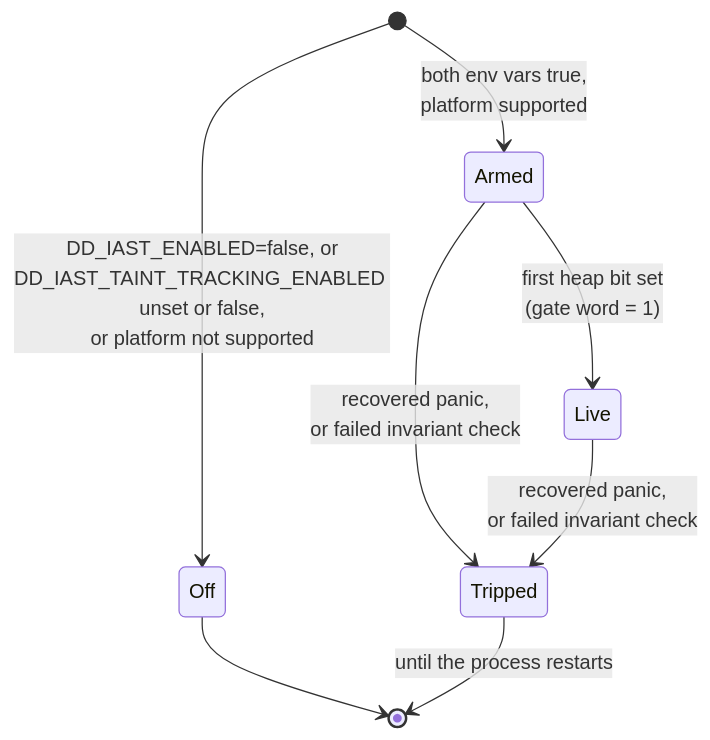
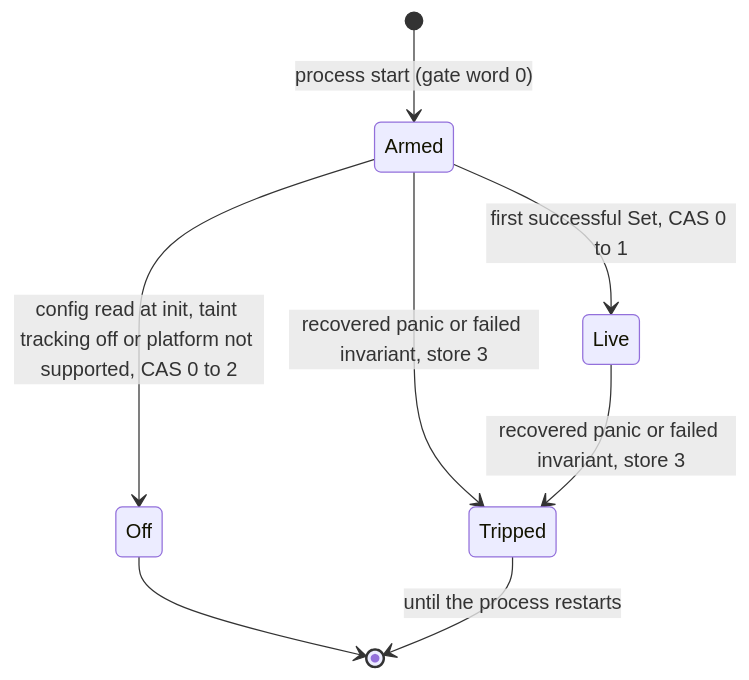
The sixth of 7 diagrams in _docs/design/taint-tracking-v0.md (DataDog/dd-iast-go), drawn with Mermaid before and after one commit. The commit also changed other lines of this file, not shown here.

First line of the commit message:
docs(design): v2 of the approach after the first challenge round

````diff
--- a/_docs/design/taint-tracking-v0.md
+++ b/_docs/design/taint-tracking-v0.md
@@ -465,10 +633,10 @@
 ```mermaid
 stateDiagram-v2
-  [*] --> Off: DD_IAST_ENABLED=false, or<br/>DD_IAST_TAINT_TRACKING_ENABLED unset or false,<br/>or platform not supported
-  [*] --> Armed: both env vars true,<br/>platform supported
-  Armed --> Live: first heap bit set<br/>(gate word = 1)
-  Armed --> Tripped: recovered panic,<br/>or failed invariant check
-  Live --> Tripped: recovered panic,<br/>or failed invariant check
+  [*] --> Armed: process start (gate word 0)
+  Armed --> Off: config read at init, taint tracking off or platform not supported, CAS 0 to 2
+  Armed --> Live: first successful Set, CAS 0 to 1
+  Armed --> Tripped: recovered panic or failed invariant, store 3
+  Live --> Tripped: recovered panic or failed invariant, store 3
   Off --> [*]
   Tripped --> [*]: until the process restarts
 ```
````
